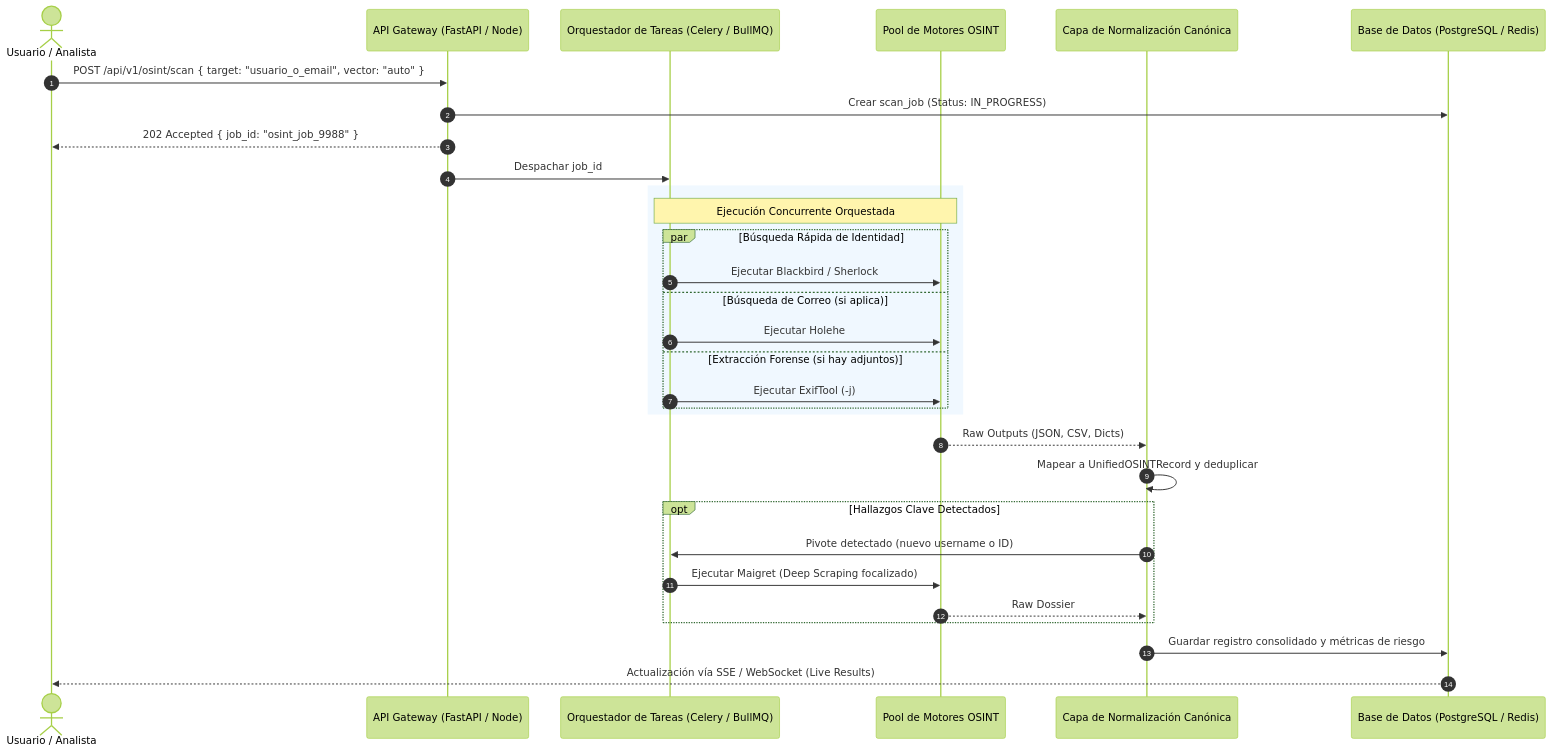
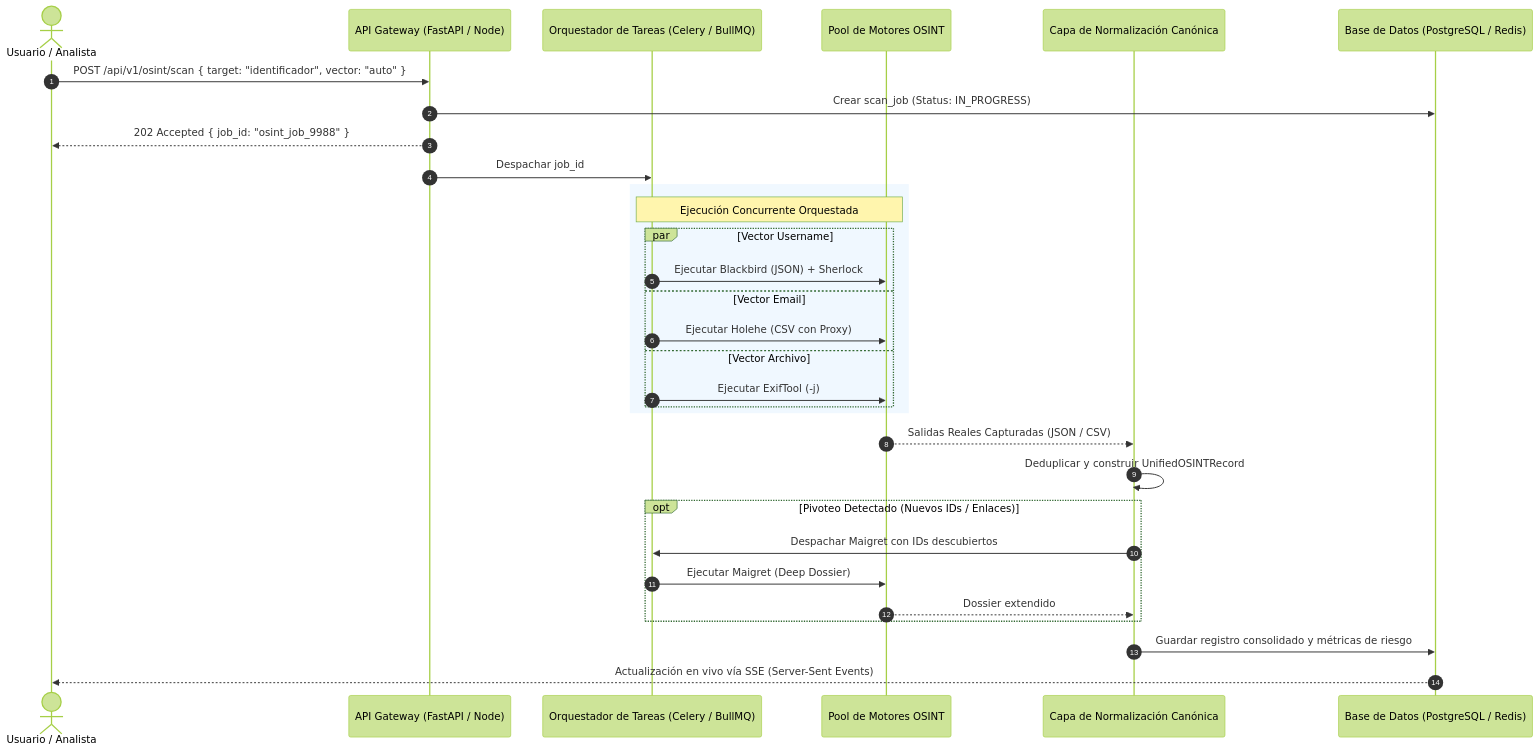
The second of 2 diagrams in investigacion-e-integracion-herramientas-osint.md (Hackaton-FEE/documentation), drawn with Mermaid (forest theme) before and after one commit. The commit also changed other lines of this file and 4 other files, not shown here.

````diff
--- a/investigacion-e-integracion-herramientas-osint.md
+++ b/investigacion-e-integracion-herramientas-osint.md
@@ -362,38 +487,38 @@
 ```mermaid
 sequenceDiagram
     autonumber
     actor User as Usuario / Analista
     participant Gateway as API Gateway (FastAPI / Node)
     participant Orchestrator as Orquestador de Tareas (Celery / BullMQ)
     participant WorkerPool as Pool de Motores OSINT
     participant Normalizer as Capa de Normalización Canónica
     participant Storage as Base de Datos (PostgreSQL / Redis)
     
-    User->>Gateway: POST /api/v1/osint/scan { target: "usuario_o_email", vector: "auto" }
+    User->>Gateway: POST /api/v1/osint/scan { target: "identificador", vector: "auto" }
     Gateway->>Storage: Crear scan_job (Status: IN_PROGRESS)
     Gateway-->>User: 202 Accepted { job_id: "osint_job_9988" }
     Gateway->>Orchestrator: Despachar job_id
     
     rect rgb(240, 248, 255)
         Note over Orchestrator, WorkerPool: Ejecución Concurrente Orquestada
-        par Búsqueda Rápida de Identidad
-            Orchestrator->>WorkerPool: Ejecutar Blackbird / Sherlock
-        and Búsqueda de Correo (si aplica)
-            Orchestrator->>WorkerPool: Ejecutar Holehe
-        and Extracción Forense (si hay adjuntos)
+        par Vector Username
+            Orchestrator->>WorkerPool: Ejecutar Blackbird (JSON) + Sherlock
+        and Vector Email
+            Orchestrator->>WorkerPool: Ejecutar Holehe (CSV con Proxy)
+        and Vector Archivo
             Orchestrator->>WorkerPool: Ejecutar ExifTool (-j)
         end
     end
     
-    WorkerPool-->>Normalizer: Raw Outputs (JSON, CSV, Dicts)
-    Normalizer->>Normalizer: Mapear a UnifiedOSINTRecord y deduplicar
+    WorkerPool-->>Normalizer: Salidas Reales Capturadas (JSON / CSV)
+    Normalizer->>Normalizer: Deduplicar y construir UnifiedOSINTRecord
     
-    opt Hallazgos Clave Detectados
-        Normalizer->>Orchestrator: Pivote detectado (nuevo username o ID)
-        Orchestrator->>WorkerPool: Ejecutar Maigret (Deep Scraping focalizado)
-        WorkerPool-->>Normalizer: Raw Dossier
+    opt Pivoteo Detectado (Nuevos IDs / Enlaces)
+        Normalizer->>Orchestrator: Despachar Maigret con IDs descubiertos
+        Orchestrator->>WorkerPool: Ejecutar Maigret (Deep Dossier)
+        WorkerPool-->>Normalizer: Dossier extendido
     end
     
     Normalizer->>Storage: Guardar registro consolidado y métricas de riesgo
-    Storage-->>User: Actualización vía SSE / WebSocket (Live Results)
+    Storage-->>User: Actualización en vivo vía SSE (Server-Sent Events)
 ```
````
